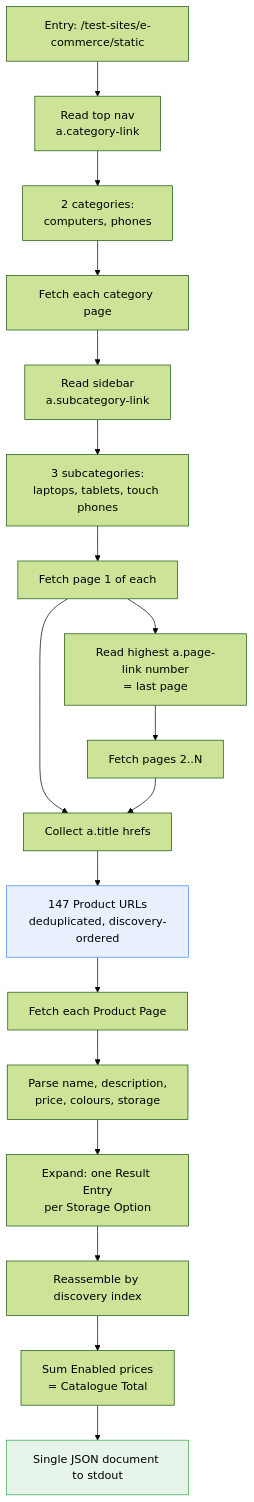
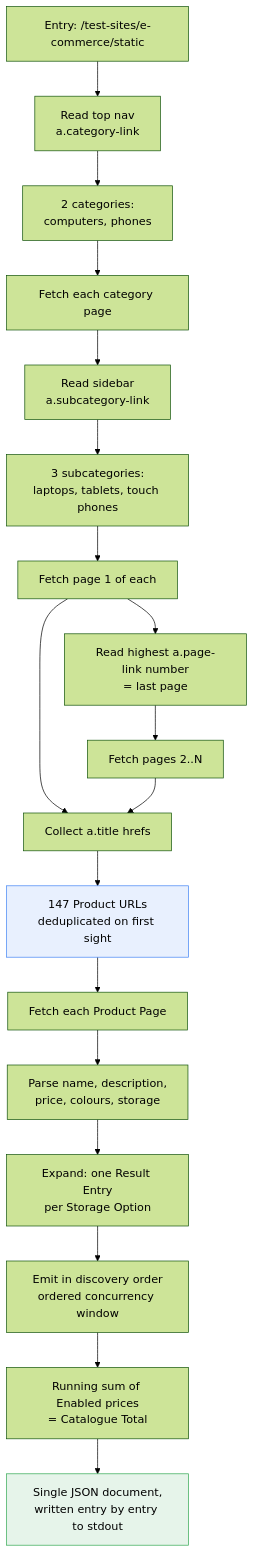
One commit to mike623/natter-scraper changed the diagram in docs/adr/0015-crawl-methodology-and-selectors.md. Above: the diagram before and after it, drawn with Mermaid (forest theme). The commit also changed other lines of this file and 11 other files, not shown here.

````diff
--- a/docs/adr/0015-crawl-methodology-and-selectors.md
+++ b/docs/adr/0015-crawl-methodology-and-selectors.md
@@ -9,23 +9,23 @@
 ```mermaid
 flowchart TD
     A["Entry: /test-sites/e-commerce/static"] --> B["Read top nav<br/>a.category-link"]
     B --> C["2 categories:<br/>computers, phones"]
     C --> D["Fetch each category page"]
     D --> E["Read sidebar<br/>a.subcategory-link"]
     E --> F["3 subcategories:<br/>laptops, tablets, touch phones"]
     F --> G["Fetch page 1 of each"]
     G --> H["Read highest a.page-link number<br/>= last page"]
     H --> I["Fetch pages 2..N"]
     G --> J["Collect a.title hrefs"]
     I --> J
-    J --> K["147 Product URLs<br/>deduplicated, discovery-ordered"]
+    J --> K["147 Product URLs<br/>deduplicated on first sight"]
     K --> L["Fetch each Product Page"]
     L --> M["Parse name, description,<br/>price, colours, storage"]
     M --> N["Expand: one Result Entry<br/>per Storage Option"]
-    N --> O["Reassemble by discovery index"]
-    O --> P["Sum Enabled prices<br/>= Catalogue Total"]
-    P --> Q["Single JSON document to stdout"]
+    N --> O["Emit in discovery order<br/>ordered concurrency window"]
+    O --> P["Running sum of Enabled prices<br/>= Catalogue Total"]
+    P --> Q["Single JSON document,<br/>written entry by entry to stdout"]
 
     style K fill:#e8f0fe,stroke:#4285f4
     style Q fill:#e6f4ea,stroke:#34a853
 ```
````
